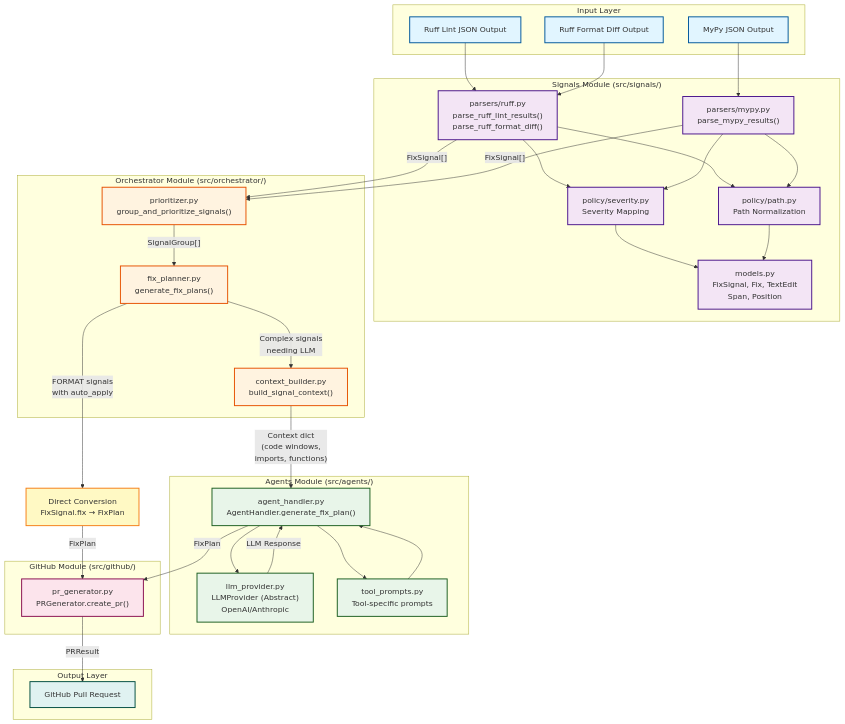
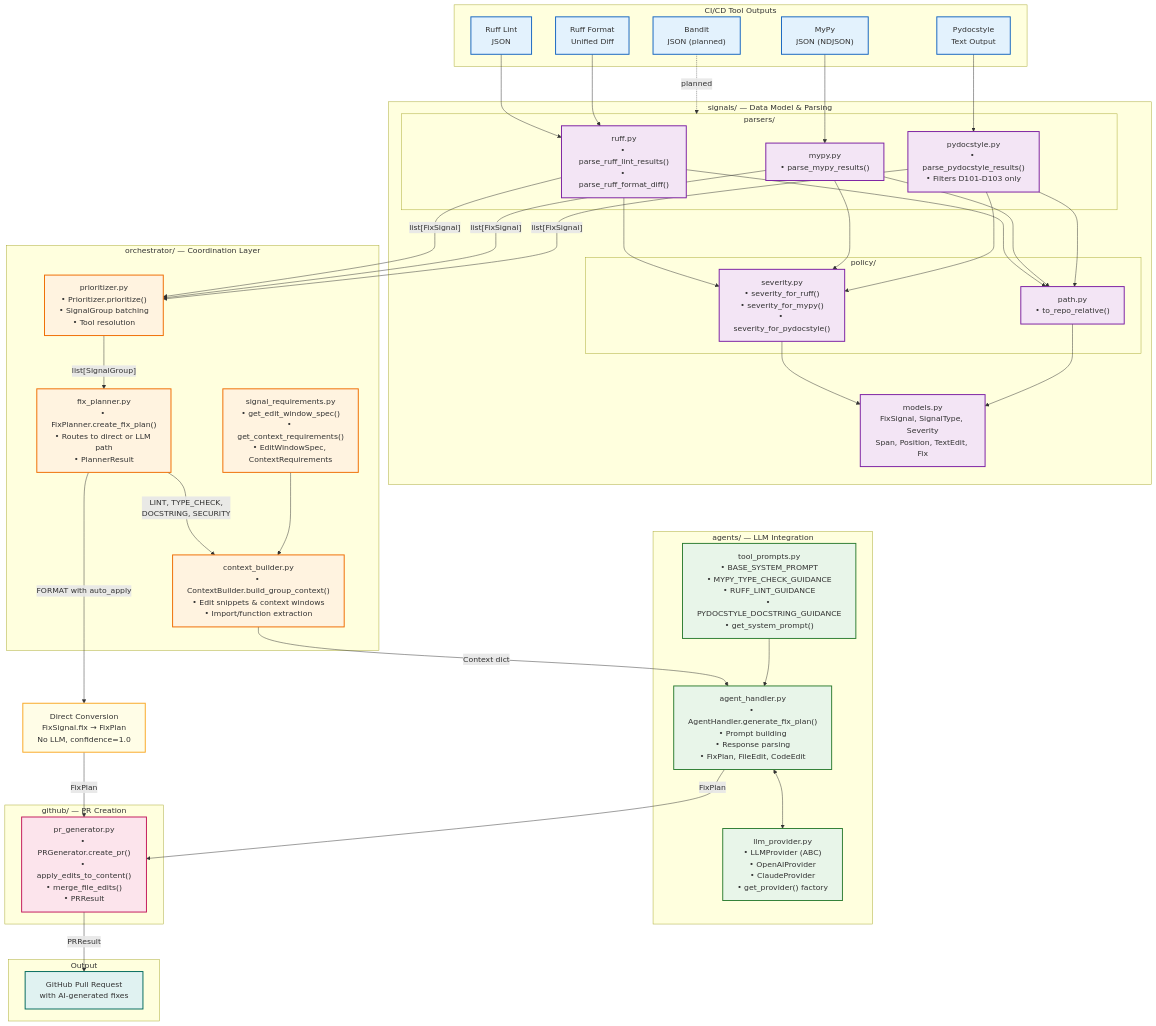
Before and after one commit to davidjmoloney/cicd-ai-assistant: the first of 7 diagrams in docs/module-architecture-diagram.md, drawn with Mermaid. The commit also changed other lines of this file, not shown here.

First line of the commit message:
Update module architecture diagram with current application state

````diff
--- a/docs/module-architecture-diagram.md
+++ b/docs/module-architecture-diagram.md
@@ -7,91 +9,113 @@
 ```mermaid
 flowchart TB
-    subgraph Input["Input Layer"]
-        RuffLint["Ruff Lint JSON Output"]
-        RuffFormat["Ruff Format Diff Output"]
-        MyPy["MyPy JSON Output"]
+    subgraph Input["CI/CD Tool Outputs"]
+        RuffLint["Ruff Lint<br/>JSON"]
+        RuffFormat["Ruff Format<br/>Unified Diff"]
+        MyPy["MyPy<br/>JSON (NDJSON)"]
+        PyDocStyle["Pydocstyle<br/>Text Output"]
+        Bandit["Bandit<br/>JSON (planned)"]
     end
 
-    subgraph Signals["Signals Module (src/signals/)"]
-        RuffParser["parsers/ruff.py<br/>parse_ruff_lint_results()<br/>parse_ruff_format_diff()"]
-        MyPyParser["parsers/mypy.py<br/>parse_mypy_results()"]
-        SeverityPolicy["policy/severity.py<br/>Severity Mapping"]
-        PathPolicy["policy/path.py<br/>Path Normalization"]
-        SignalModels["models.py<br/>FixSignal, Fix, TextEdit<br/>Span, Position"]
+    subgraph Signals["signals/ — Data Model & Parsing"]
+        subgraph Parsers["parsers/"]
+            RuffParser["ruff.py<br/>• parse_ruff_lint_results()<br/>• parse_ruff_format_diff()"]
+            MyPyParser["mypy.py<br/>• parse_mypy_results()"]
+            PyDocStyleParser["pydocstyle.py<br/>• parse_pydocstyle_results()<br/>• Filters D101-D103 only"]
+        end
+
+        subgraph Policy["policy/"]
+            SeverityPolicy["severity.py<br/>• severity_for_ruff()<br/>• severity_for_mypy()<br/>• severity_for_pydocstyle()"]
+            PathPolicy["path.py<br/>• to_repo_relative()"]
+        end
+
+        SignalModels["models.py<br/>FixSignal, SignalType, Severity<br/>Span, Position, TextEdit, Fix"]
     end
 
-    subgraph Orchestrator["Orchestrator Module (src/orchestrator/)"]
-        Prioritizer["prioritizer.py<br/>group_and_prioritize_signals()"]
-        FixPlanner["fix_planner.py<br/>generate_fix_plans()"]
-        ContextBuilder["context_builder.py<br/>build_signal_context()"]
+    subgraph Orchestrator["orchestrator/ — Coordination Layer"]
+        Prioritizer["prioritizer.py<br/>• Prioritizer.prioritize()<br/>• SignalGroup batching<br/>• Tool resolution"]
+
+        SignalReqs["signal_requirements.py<br/>• get_edit_window_spec()<br/>• get_context_requirements()<br/>• EditWindowSpec, ContextRequirements"]
+
+        ContextBuilder["context_builder.py<br/>• ContextBuilder.build_group_context()<br/>• Edit snippets & context windows<br/>• Import/function extraction"]
+
+        FixPlanner["fix_planner.py<br/>• FixPlanner.create_fix_plan()<br/>• Routes to direct or LLM path<br/>• PlannerResult"]
     end
 
-    subgraph Agents["Agents Module (src/agents/)"]
-        AgentHandler["agent_handler.py<br/>AgentHandler.generate_fix_plan()"]
-        LLMProvider["llm_provider.py<br/>LLMProvider (Abstract)<br/>OpenAI/Anthropic"]
-        ToolPrompts["tool_prompts.py<br/>Tool-specific prompts"]
+    subgraph Agents["agents/ — LLM Integration"]
+        ToolPrompts["tool_prompts.py<br/>• BASE_SYSTEM_PROMPT<br/>• MYPY_TYPE_CHECK_GUIDANCE<br/>• RUFF_LINT_GUIDANCE<br/>• PYDOCSTYLE_DOCSTRING_GUIDANCE<br/>• get_system_prompt()"]
+
+        AgentHandler["agent_handler.py<br/>• AgentHandler.generate_fix_plan()<br/>• Prompt building<br/>• Response parsing<br/>• FixPlan, FileEdit, CodeEdit"]
+
+        LLMProvider["llm_provider.py<br/>• LLMProvider (ABC)<br/>• OpenAIProvider<br/>• ClaudeProvider<br/>• get_provider() factory"]
     end
 
-    subgraph GitHub["GitHub Module (src/github/)"]
-        PRGenerator["pr_generator.py<br/>PRGenerator.create_pr()"]
+    subgraph GitHub["github/ — PR Creation"]
+        PRGenerator["pr_generator.py<br/>• PRGenerator.create_pr()<br/>• apply_edits_to_content()<br/>• merge_file_edits()<br/>• PRResult"]
     end
 
-    subgraph Output["Output Layer"]
-        PR["GitHub Pull Request"]
+    subgraph Output["Output"]
+        PR["GitHub Pull Request<br/>with AI-generated fixes"]
     end
 
-    %% Input to Parsers
+    %% Input connections
     RuffLint --> RuffParser
     RuffFormat --> RuffParser
     MyPy --> MyPyParser
+    PyDocStyle --> PyDocStyleParser
+    Bandit -.->|"planned"| Parsers
 
-    %% Parsers use policies and models
+    %% Parser dependencies
     RuffParser --> SeverityPolicy
     RuffParser --> PathPolicy
     MyPyParser --> SeverityPolicy
     MyPyParser --> PathPolicy
+    PyDocStyleParser --> SeverityPolicy
+    PyDocStyleParser --> PathPolicy
+
     SeverityPolicy --> SignalModels
     PathPolicy --> SignalModels
 
-    %% Parsers output to Orchestrator
-    RuffParser -->|"FixSignal[]"| Prioritizer
-    MyPyParser -->|"FixSignal[]"| Prioritizer
+    %% Parser outputs
+    RuffParser -->|"list[FixSignal]"| Prioritizer
+    MyPyParser -->|"list[FixSignal]"| Prioritizer
+    PyDocStyleParser -->|"list[FixSignal]"| Prioritizer
 
     %% Orchestrator flow
-    Prioritizer -->|"SignalGroup[]"| FixPlanner
+    Prioritizer -->|"list[SignalGroup]"| FixPlanner
 
-    %% Fix Planner decision paths
-    FixPlanner -->|"FORMAT signals<br/>with auto_apply"| DirectPath["Direct Conversion<br/>FixSignal.fix → FixPlan"]
-    FixPlanner -->|"Complex signals<br/>needing LLM"| ContextBuilder
+    %% Fix Planner routing
+    FixPlanner -->|"FORMAT with auto_apply"| DirectPath["Direct Conversion<br/>FixSignal.fix → FixPlan<br/>No LLM, confidence=1.0"]
+    FixPlanner -->|"LINT, TYPE_CHECK,<br/>DOCSTRING, SECURITY"| ContextBuilder
 
-    %% LLM-Assisted path
-    ContextBuilder -->|"Context dict<br/>(code windows,<br/>imports, functions)"| AgentHandler
-    AgentHandler --> ToolPrompts
-    AgentHandler --> LLMProvider
+    %% Context building
+    SignalReqs --> ContextBuilder
+    ContextBuilder -->|"Context dict"| AgentHandler
+
+    %% Agent flow
     ToolPrompts --> AgentHandler
-    LLMProvider -->|"LLM Response"| AgentHandler
+    AgentHandler <--> LLMProvider
 
-    %% Both paths converge
+    %% Convergence to PR
     DirectPath -->|"FixPlan"| PRGenerator
     AgentHandler -->|"FixPlan"| PRGenerator
 
-    %% PR Generation
+    %% Final output
     PRGenerator -->|"PRResult"| PR
 
     %% Styling
-    classDef inputClass fill:#e1f5ff,stroke:#01579b,stroke-width:2px
-    classDef signalsClass fill:#f3e5f5,stroke:#4a148c,stroke-width:2px
-    classDef orchestratorClass fill:#fff3e0,stroke:#e65100,stroke-width:2px
-    classDef agentsClass fill:#e8f5e9,stroke:#1b5e20,stroke-width:2px
-    classDef githubClass fill:#fce4ec,stroke:#880e4f,stroke-width:2px
-    classDef outputClass fill:#e0f2f1,stroke:#004d40,stroke-width:2px
-    classDef pathClass fill:#fff9c4,stroke:#f57f17,stroke-width:2px
+    classDef inputClass fill:#e3f2fd,stroke:#1565c0,stroke-width:2px
+    classDef signalsClass fill:#f3e5f5,stroke:#7b1fa2,stroke-width:2px
+    classDef orchestratorClass fill:#fff3e0,stroke:#ef6c00,stroke-width:2px
+    classDef agentsClass fill:#e8f5e9,stroke:#2e7d32,stroke-width:2px
+    classDef githubClass fill:#fce4ec,stroke:#c2185b,stroke-width:2px
+    classDef outputClass fill:#e0f2f1,stroke:#00695c,stroke-width:2px
+    classDef directPath fill:#fffde7,stroke:#f9a825,stroke-width:2px
 
-    class RuffLint,RuffFormat,MyPy inputClass
-    class RuffParser,MyPyParser,SeverityPolicy,PathPolicy,SignalModels signalsClass
-    class Prioritizer,FixPlanner,ContextBuilder orchestratorClass
-    class AgentHandler,LLMProvider,ToolPrompts agentsClass
+    class RuffLint,RuffFormat,MyPy,PyDocStyle,Bandit inputClass
+    class RuffParser,MyPyParser,PyDocStyleParser,SeverityPolicy,PathPolicy,SignalModels signalsClass
+    class Prioritizer,SignalReqs,ContextBuilder,FixPlanner orchestratorClass
+    class ToolPrompts,AgentHandler,LLMProvider agentsClass
     class PRGenerator githubClass
     class PR outputClass
-    class DirectPath pathClass
+    class DirectPath directPath
 ```
````
